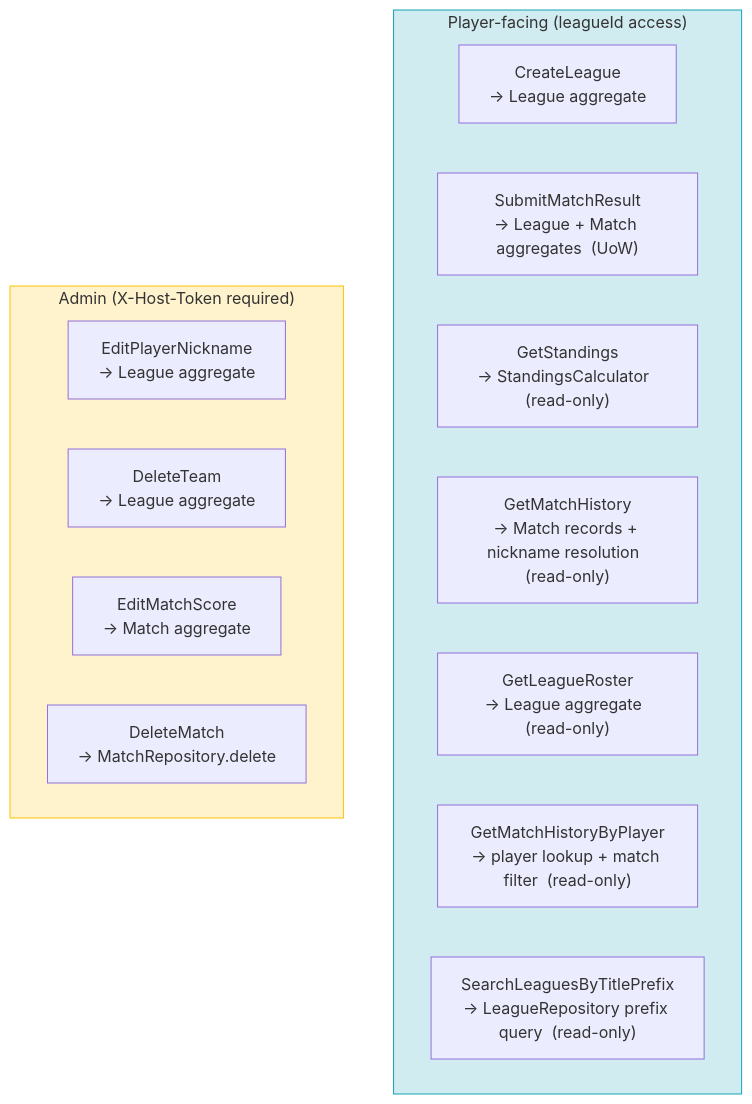
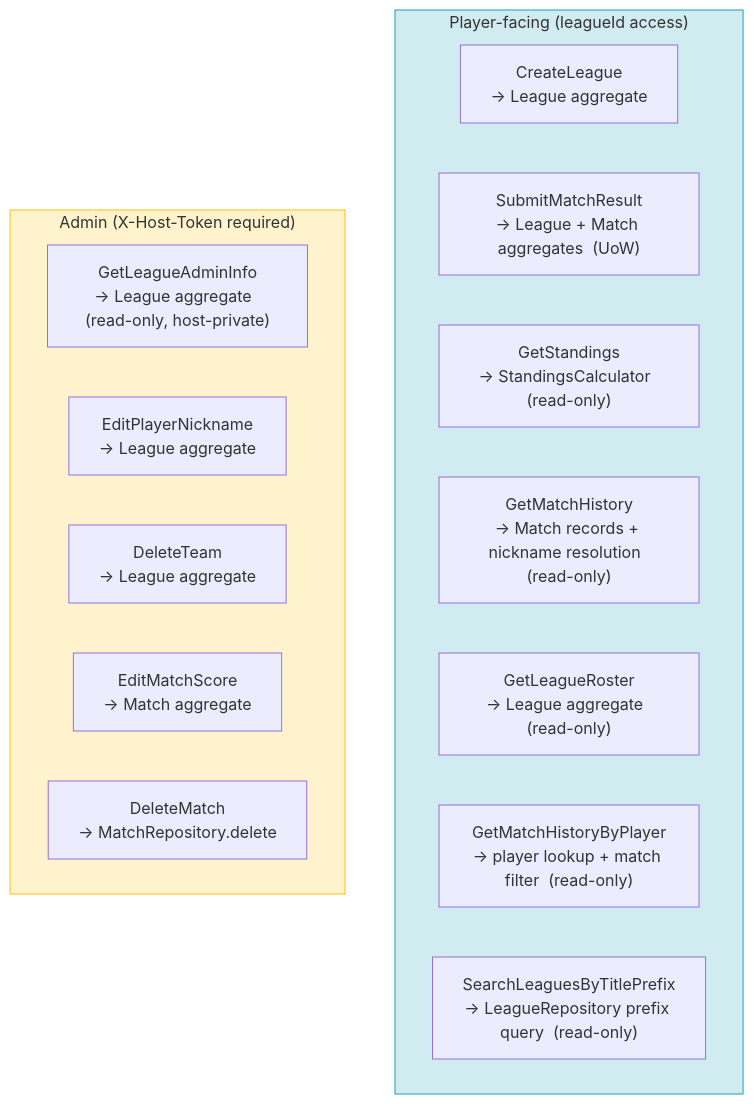
The diagram in Design_Doc/TLMB_Design_doc/09_application_use_cases.md (swjeong0825/TLMB_backend_main), drawn with Mermaid before and after one commit. The commit also changed other lines of this file and 12 other files, not shown here.

Commit message:
add admin info read api endpoint

````diff
--- a/Design_Doc/TLMB_Design_doc/09_application_use_cases.md
+++ b/Design_Doc/TLMB_Design_doc/09_application_use_cases.md
@@ -5,21 +5,22 @@
 ```mermaid
 flowchart TD
     subgraph PLAYER ["Player-facing  (leagueId access)"]
         CL["CreateLeague\n→ League aggregate"]
         SMR["SubmitMatchResult\n→ League + Match aggregates  (UoW)"]
         GS["GetStandings\n→ StandingsCalculator  (read-only)"]
         GMH["GetMatchHistory\n→ Match records + nickname resolution  (read-only)"]
         GLR["GetLeagueRoster\n→ League aggregate  (read-only)"]
         GMBP["GetMatchHistoryByPlayer\n→ player lookup + match filter  (read-only)"]
         SLP["SearchLeaguesByTitlePrefix\n→ LeagueRepository prefix query  (read-only)"]
     end
     subgraph ADMIN ["Admin  (X-Host-Token required)"]
+        GLAI["GetLeagueAdminInfo\n→ League aggregate  (read-only, host-private)"]
         EPN["EditPlayerNickname\n→ League aggregate"]
         DT["DeleteTeam\n→ League aggregate"]
         EMS["EditMatchScore\n→ Match aggregate"]
         DM["DeleteMatch\n→ MatchRepository.delete"]
     end
 
     style PLAYER fill:#d1ecf1,stroke:#17a2b8
     style ADMIN fill:#fff3cd,stroke:#ffc107
 ```
````
